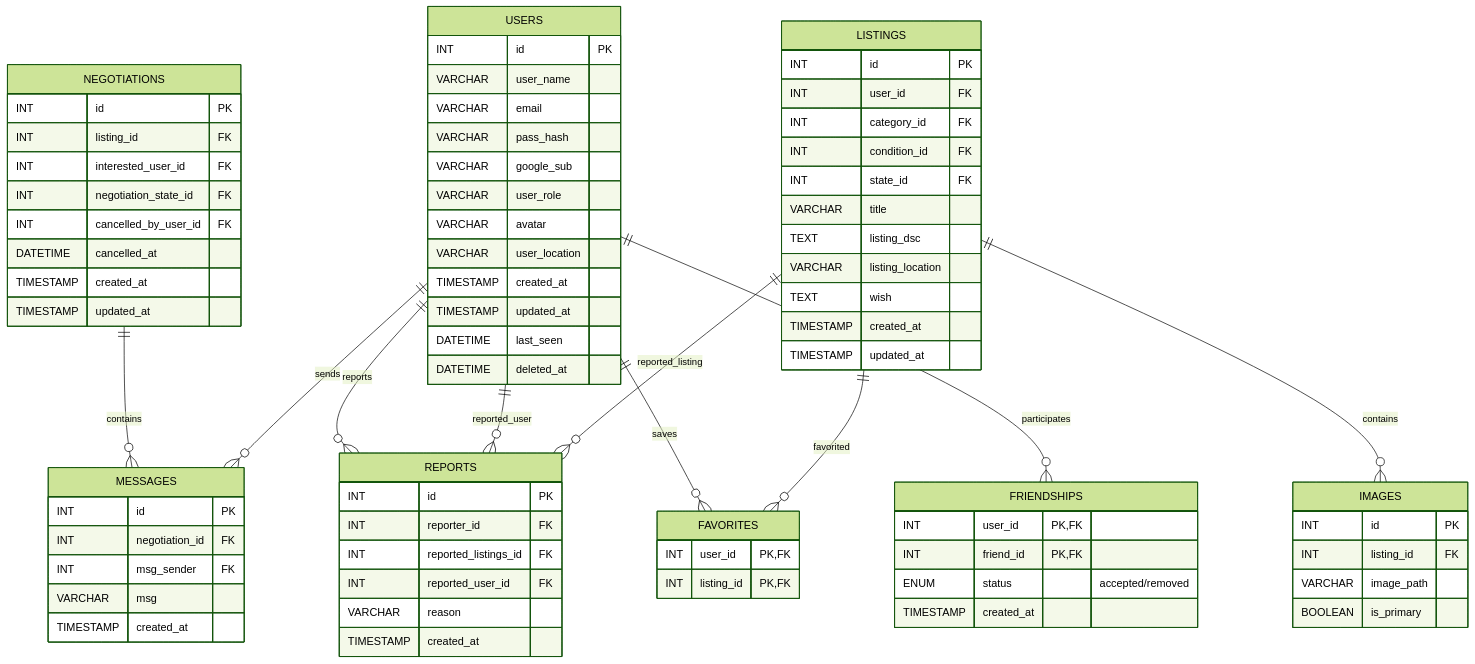
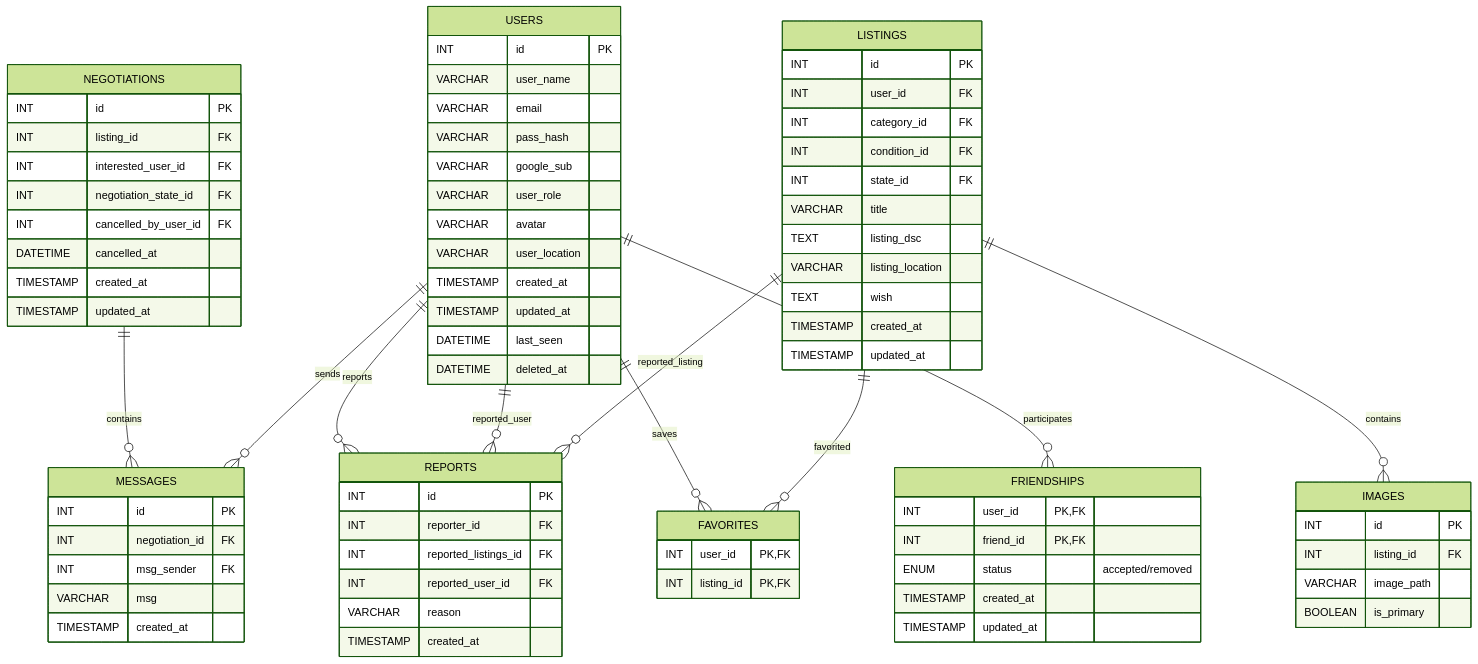
One commit to djunho/daka changed the second of 2 diagrams in srcs/services/mariadb/dakaERD.md. Above: the diagram before and after it, drawn with Mermaid (forest theme). The commit also changed 7 other files, not shown here.

```diff
--- a/srcs/services/mariadb/dakaERD.md
+++ b/srcs/services/mariadb/dakaERD.md
@@ -152,6 +152,7 @@
         INT friend_id PK,FK
         ENUM status "accepted/removed"
         TIMESTAMP created_at
+        TIMESTAMP updated_at
     }
 
     USERS {
```
